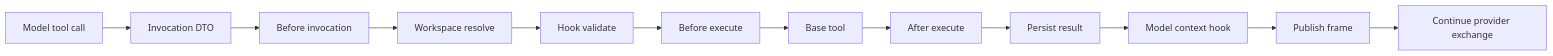
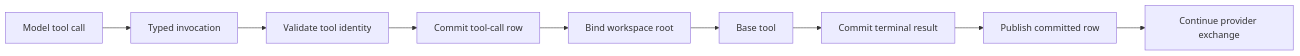
The diagram in docs/intention-relay/architecture/05-tools-workspace-and-hooks.md (y0tsy/intention-relay), drawn with Mermaid before and after one commit. The commit also changed other lines of this file and 18 other files, not shown here.

````diff
--- a/docs/intention-relay/architecture/05-tools-workspace-and-hooks.md
+++ b/docs/intention-relay/architecture/05-tools-workspace-and-hooks.md
@@ -115,14 +103,11 @@
 ```mermaid
 flowchart LR
-  MT[Model tool call] --> IV[Invocation DTO]
-  IV --> BI[Before invocation]
-  BI --> WR[Workspace resolve]
-  WR --> BV[Hook validate]
-  BV --> BE[Before execute]
-  BE --> EX[Base tool]
-  EX --> AE[After execute]
-  AE --> PE[Persist result]
-  PE --> MC[Model context hook]
-  MC --> PB[Publish frame]
+  MT[Model tool call] --> IV[Typed invocation]
+  IV --> TV[Validate tool identity]
+  TV --> WC[Commit tool-call row]
+  WC --> WR[Bind workspace root]
+  WR --> EX[Base tool]
+  EX --> TC[Commit terminal result]
+  TC --> PB[Publish committed row]
   PB --> CE[Continue provider exchange]
 ```
````
